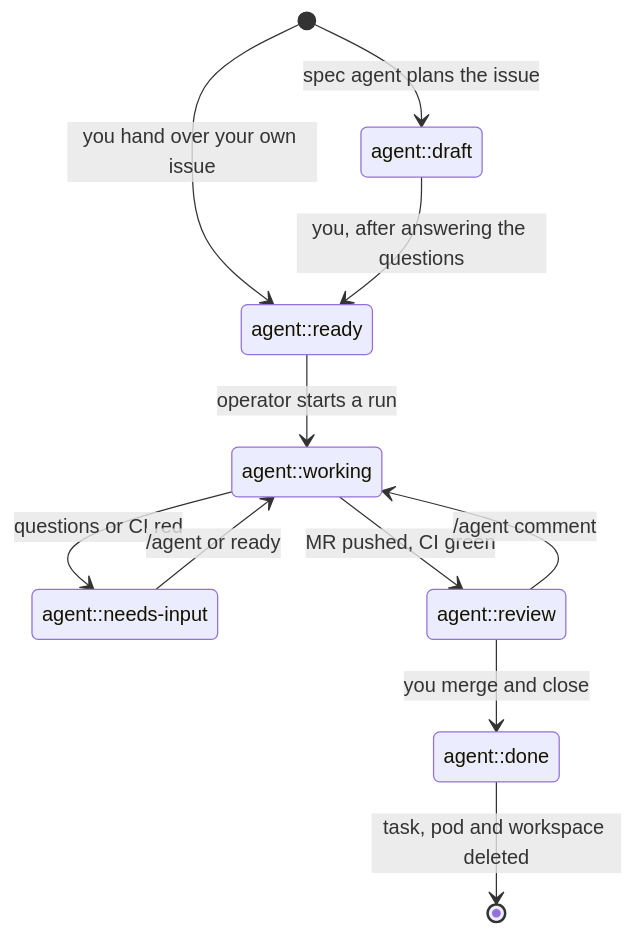
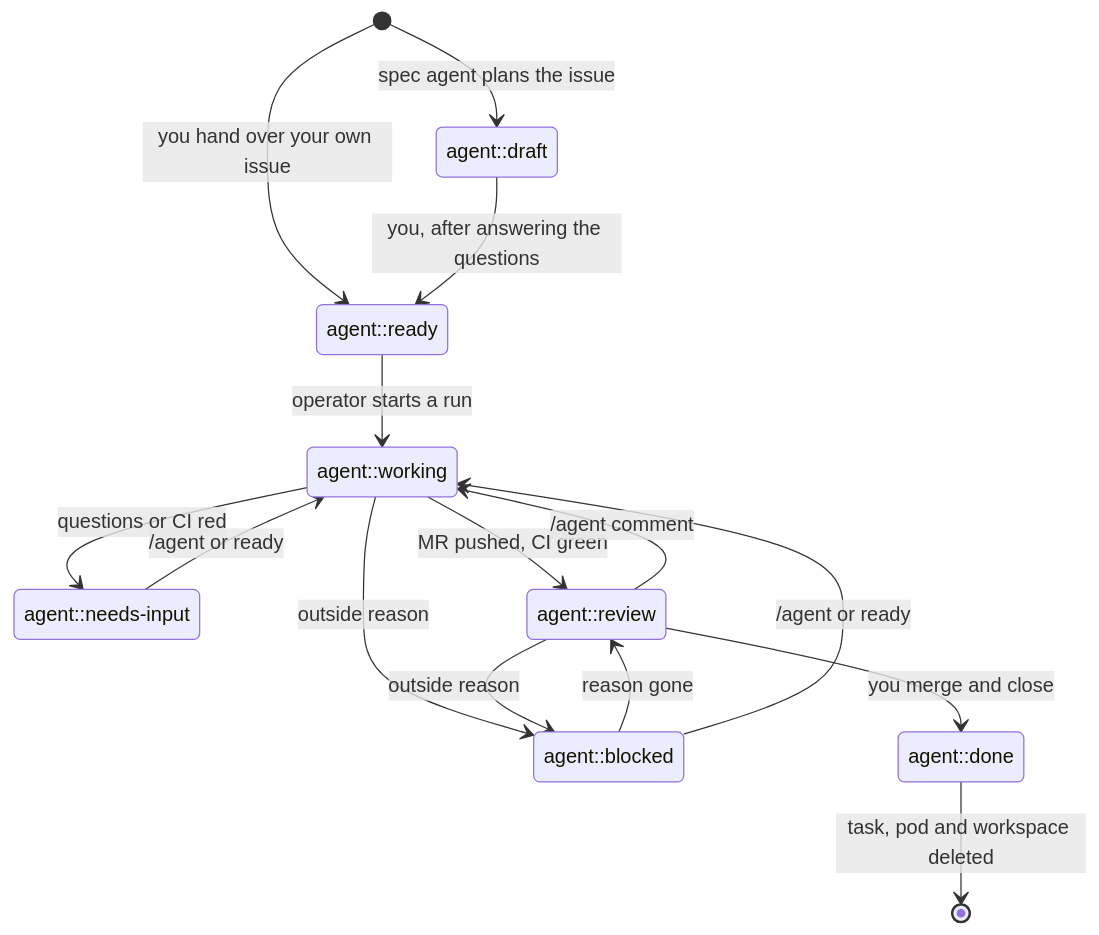
Before and after one commit to jonathanwiemers/ai-operator: the diagram in docs/usage.md, drawn with Mermaid. The commit also changed other lines of this file and 15 other files, not shown here.

First line of the commit message:
Workflow: agent::blocked and agent-blocked::<reason> labels (#49)

````diff
--- a/docs/usage.md
+++ b/docs/usage.md
@@ -28,20 +31,25 @@
 ```mermaid
 stateDiagram-v2
     state "agent::draft" as draft
     state "agent::ready" as ready
     state "agent::working" as working
     state "agent::needs-input" as needs
     state "agent::review" as review
+    state "agent::blocked" as blocked
     state "agent::done" as done
 
     [*] --> draft: spec agent plans the issue
     [*] --> ready: you hand over your own issue
     draft --> ready: you, after answering the questions
     ready --> working: operator starts a run
     working --> review: MR pushed, CI green
     working --> needs: questions or CI red
     needs --> working: /agent or ready
     review --> working: /agent comment
     review --> done: you merge and close
+    working --> blocked: outside reason
+    review --> blocked: outside reason
+    blocked --> review: reason gone
+    blocked --> working: /agent or ready
     done --> [*]: task, pod and workspace deleted
 ```
````
